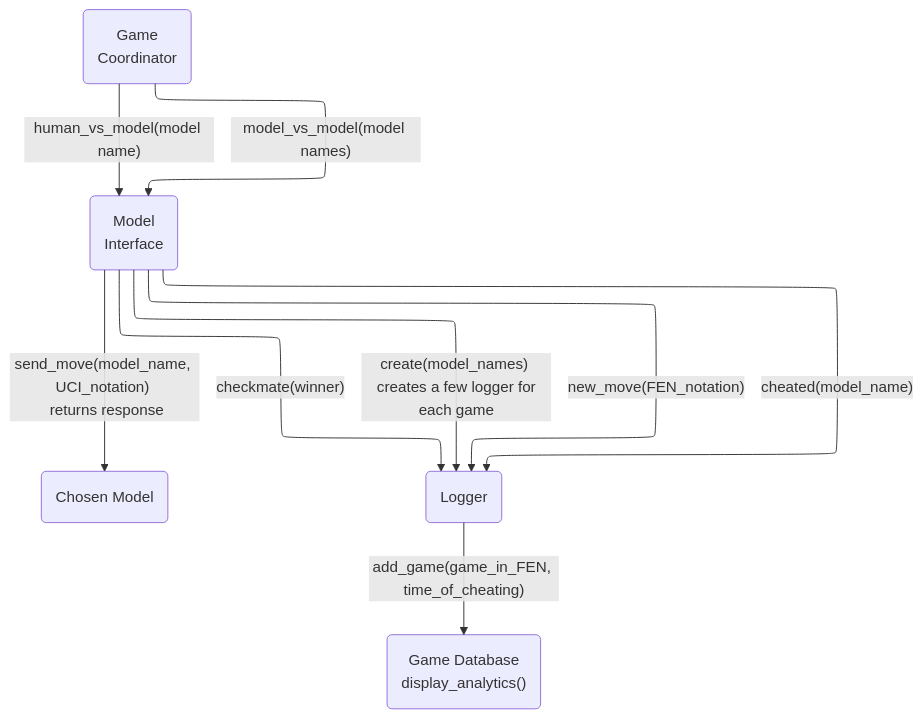
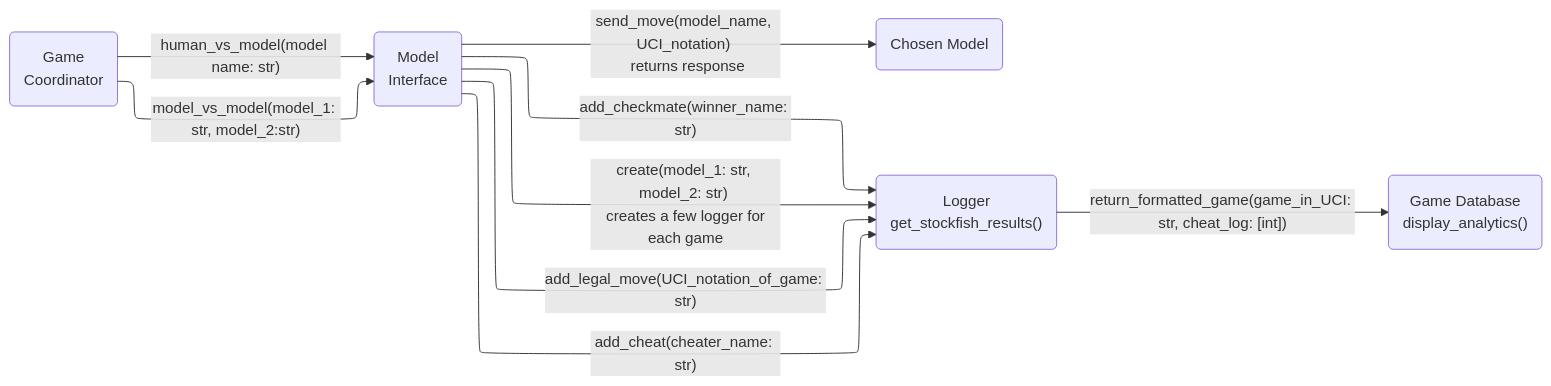
Before and after one commit to KonohaT/magnusVcarlsen_HF: the diagram in architecture_diagram.md, drawn with Mermaid. The commit also changed 5 other files, not shown here.

Commit message:
Updated diagram

````diff
--- a/architecture_diagram.md
+++ b/architecture_diagram.md
@@ -1,25 +1,25 @@
 ```mermaid
 ---
 config:
     flowchart:
         defaultRenderer: elk
 ---
-flowchart TB
+flowchart LR
 interface(Model \n Interface)
 model(Chosen Model)
-logger(Logger)
+logger("Logger\nget_stockfish_results()")
 coordinator(Game \n Coordinator)
 database("Game Database \n display_analytics()")
 
-coordinator --model_vs_model(model names)-->interface
-coordinator --human_vs_model(model name) -->interface
+coordinator --model_vs_model(model_1: str, model_2:str)-->interface
+coordinator --human_vs_model(model name: str) -->interface
 
 interface --send_move(model_name, UCI_notation) \n returns response-->model
 
-interface --create(model_names) \n creates a few logger for each game--> logger
-interface --new_move(FEN_notation)-->logger
-interface--cheated(model_name)-->logger
-interface--checkmate(winner)-->logger
+interface --create(model_1: str, model_2: str) \n creates a few logger for each game--> logger
+interface --add_legal_move(UCI_notation_of_game: str)-->logger
+interface--add_cheat(cheater_name: str)-->logger
+interface--add_checkmate(winner_name: str)-->logger
 
-logger --add_game(game_in_FEN, time_of_cheating)-->database
+logger --return_formatted_game(game_in_UCI: str, cheat_log: [int])-->database
 ```
````
